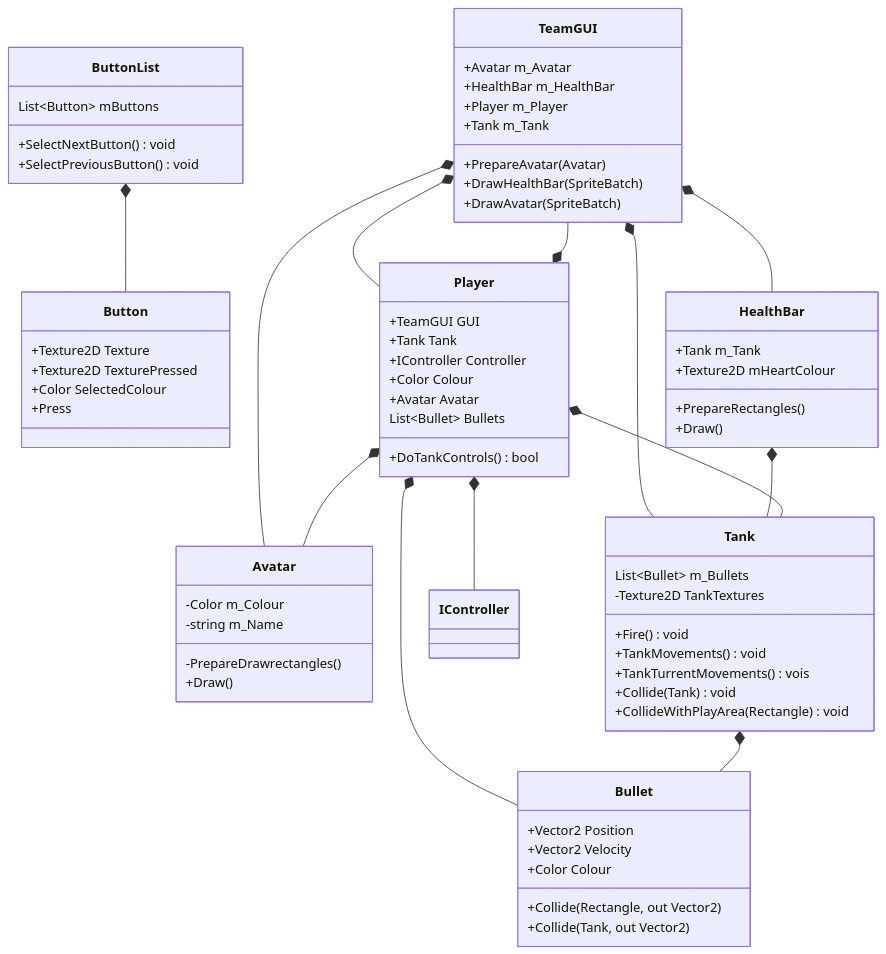
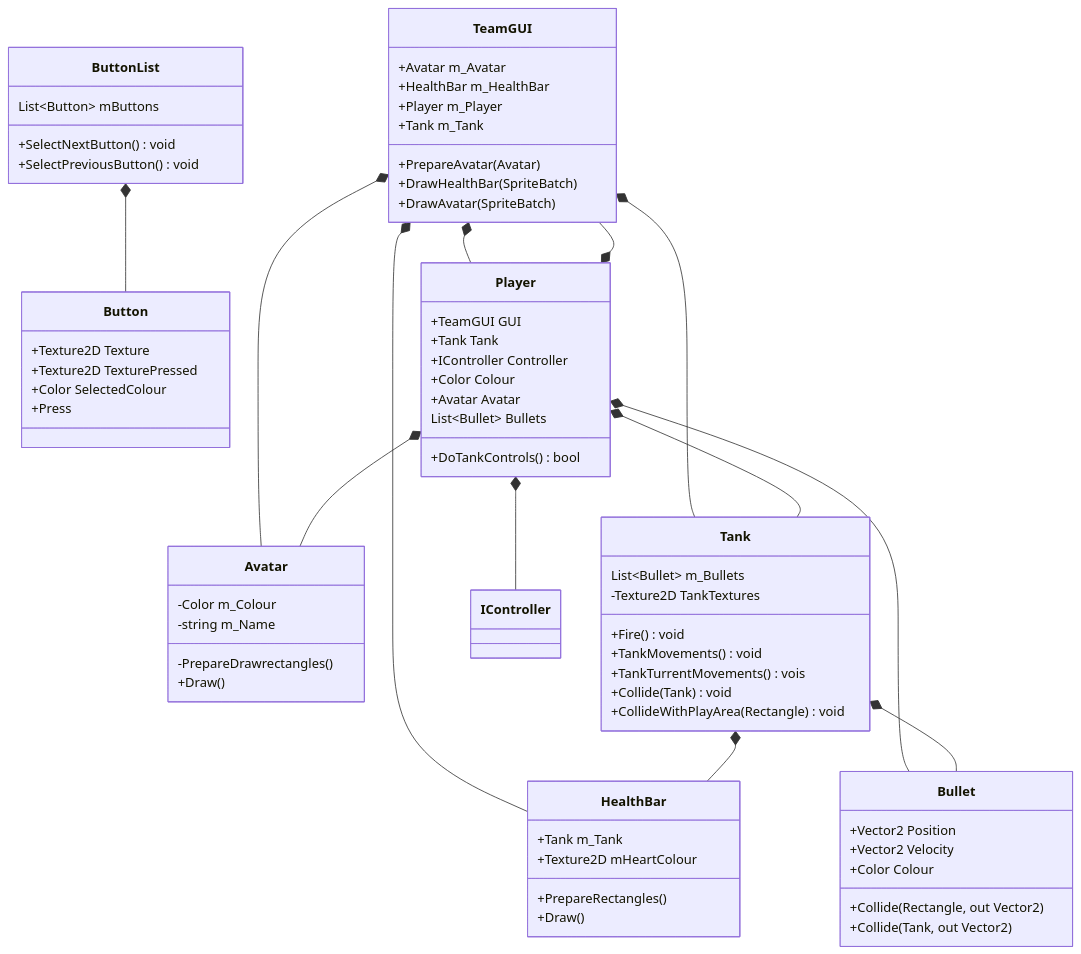
One commit to Spoingus/TroublesomeTanks_CDP changed the second of 2 diagrams in README.md. Above: the diagram before and after it, drawn with Mermaid.

````diff
--- a/README.md
+++ b/README.md
@@ -45,74 +45,74 @@
 ```mermaid
 classDiagram
     ButtonList *-- Button
     class ButtonList{
         List~Button~ mButtons
         +SelectNextButton() void
         +SelectPreviousButton() void
     }
     class Button{
         +Texture2D Texture
         +Texture2D TexturePressed
         +Color SelectedColour
         +Press
     }
 
     TeamGUI *-- Avatar
     TeamGUI *-- HealthBar
     TeamGUI *-- Player
     TeamGUI *-- Tank
-    HealthBar *-- Tank
+    Tank *-- HealthBar
     class TeamGUI{
         +Avatar m_Avatar
         +HealthBar m_HealthBar
         +Player m_Player
         +Tank m_Tank
         +PrepareAvatar(Avatar)
         +DrawHealthBar(SpriteBatch)
         +DrawAvatar(SpriteBatch)
     }
     class Avatar{
         -Color m_Colour
         -string m_Name
         -PrepareDrawrectangles()
         +Draw()
     }
     class HealthBar{
         +Tank m_Tank
         +Texture2D mHeartColour
         +PrepareRectangles()
         +Draw()
     }
     Player *-- TeamGUI
     Player *-- Tank
     Player *-- Avatar
     Player *-- IController
     Player *-- Bullet
     class Player{
         +TeamGUI GUI
         +Tank Tank
         +IController Controller
         +Color Colour
         +Avatar Avatar
         List~Bullet~ Bullets
         +DoTankControls() bool
     }
     Tank *-- Bullet
     class Tank{
         List~Bullet~ m_Bullets
         -Texture2D TankTextures
         +Fire() void
         +TankMovements() void
         +TankTurrentMovements() vois
         +Collide(Tank) void
         +CollideWithPlayArea(Rectangle) void
     }
     class Bullet{
         +Vector2 Position
         +Vector2 Velocity
         +Color Colour
         +Collide(Rectangle, out Vector2)
         +Collide(Tank, out Vector2)
     }
    
 ```
````
